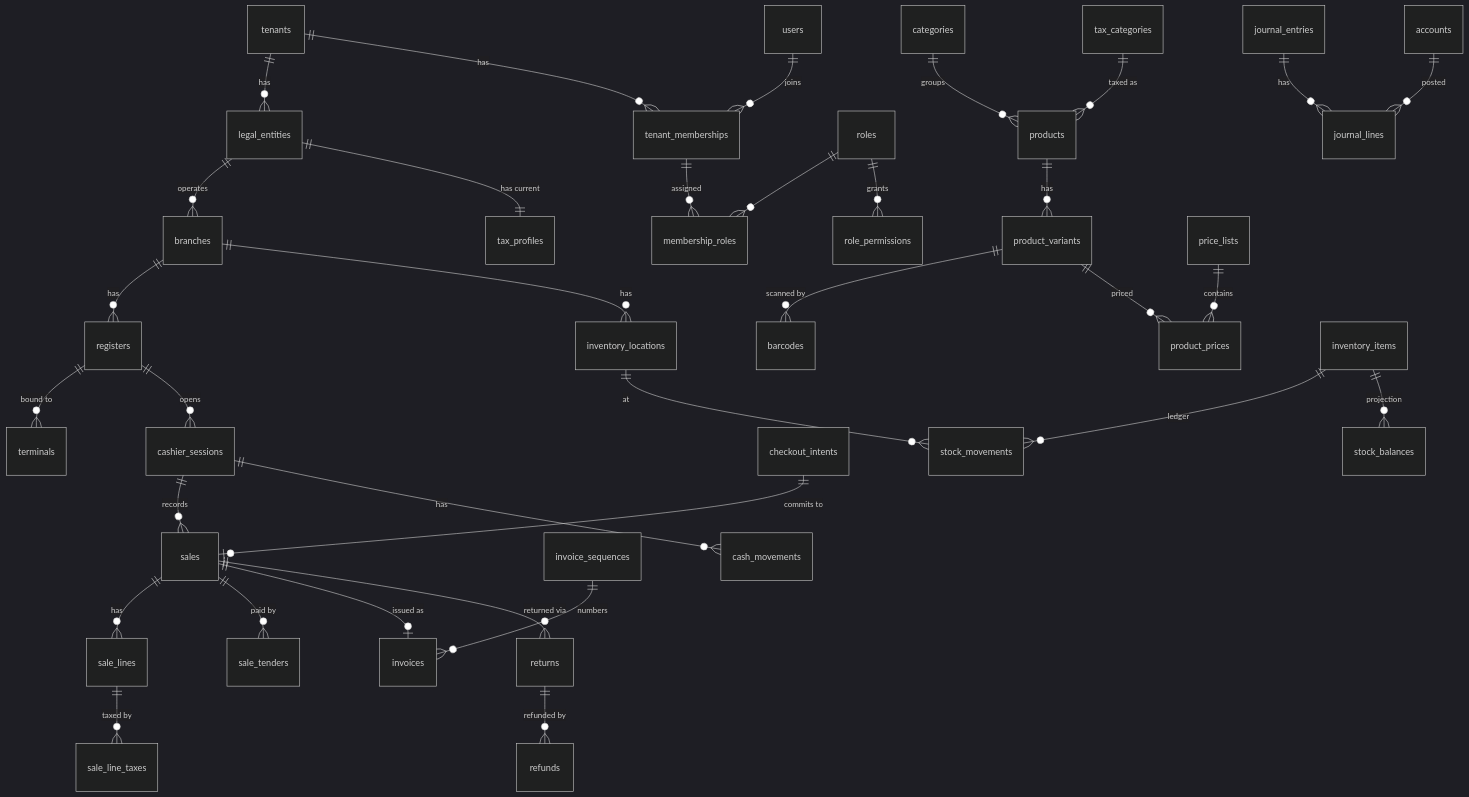
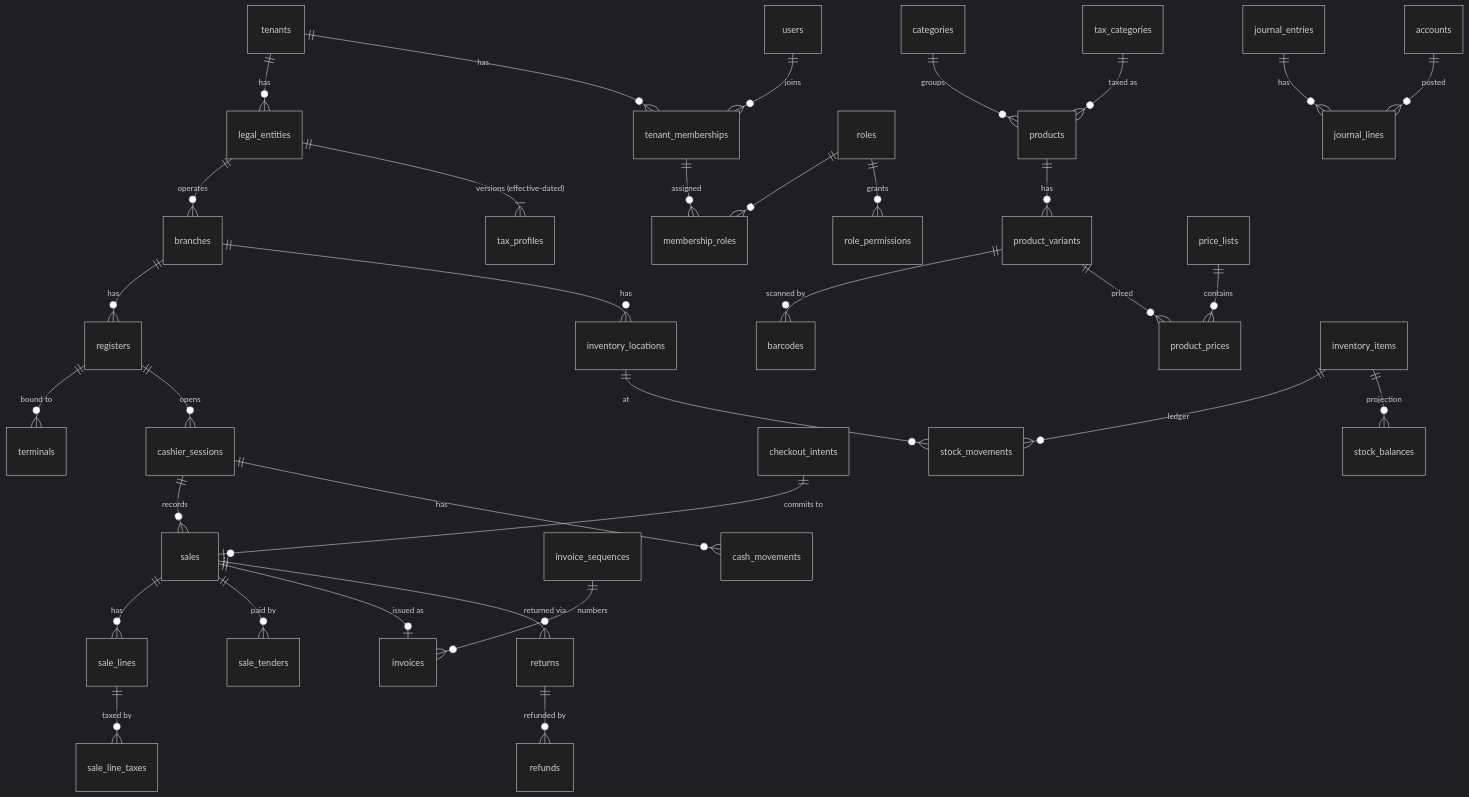
The diagram in docs/database/DATA_MODEL.md (randy-rebucas/tilvara), drawn with Mermaid (dark theme) before and after one commit. The commit also changed other lines of this file and 36 other files, not shown here.

````diff
--- a/docs/database/DATA_MODEL.md
+++ b/docs/database/DATA_MODEL.md
@@ -23,40 +23,40 @@
 ```mermaid
 erDiagram
   tenants ||--o{ legal_entities : has
   tenants ||--o{ tenant_memberships : has
   users ||--o{ tenant_memberships : joins
   tenant_memberships ||--o{ membership_roles : assigned
   roles ||--o{ membership_roles : ""
   roles ||--o{ role_permissions : grants
   legal_entities ||--o{ branches : operates
-  legal_entities ||--|| tax_profiles : "has current"
+  legal_entities ||--|{ tax_profiles : "versions (effective-dated)"
   branches ||--o{ registers : has
   registers ||--o{ terminals : "bound to"
   registers ||--o{ cashier_sessions : opens
   branches ||--o{ inventory_locations : has
 
   categories ||--o{ products : groups
   products ||--o{ product_variants : has
   product_variants ||--o{ barcodes : "scanned by"
   price_lists ||--o{ product_prices : contains
   product_variants ||--o{ product_prices : priced
   tax_categories ||--o{ products : "taxed as"
 
   cashier_sessions ||--o{ sales : records
   checkout_intents ||--o| sales : "commits to"
   sales ||--o{ sale_lines : has
   sales ||--o{ sale_tenders : "paid by"
   sale_lines ||--o{ sale_line_taxes : "taxed by"
   sales ||--o| invoices : "issued as"
   invoice_sequences ||--o{ invoices : numbers
   sales ||--o{ returns : "returned via"
   returns ||--o{ refunds : "refunded by"
 
   inventory_items ||--o{ stock_movements : ledger
   inventory_locations ||--o{ stock_movements : at
   inventory_items ||--o{ stock_balances : projection
   cashier_sessions ||--o{ cash_movements : has
 
   journal_entries ||--o{ journal_lines : has
   accounts ||--o{ journal_lines : posted
 ```
````
